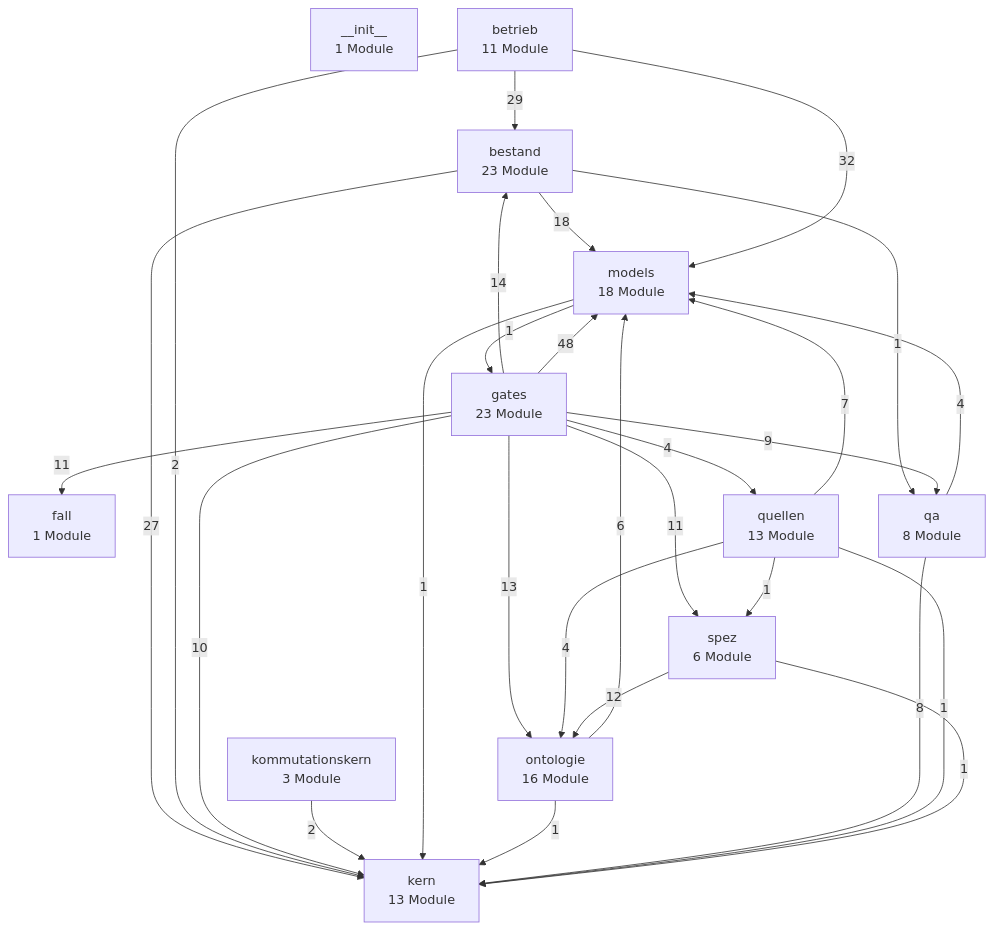
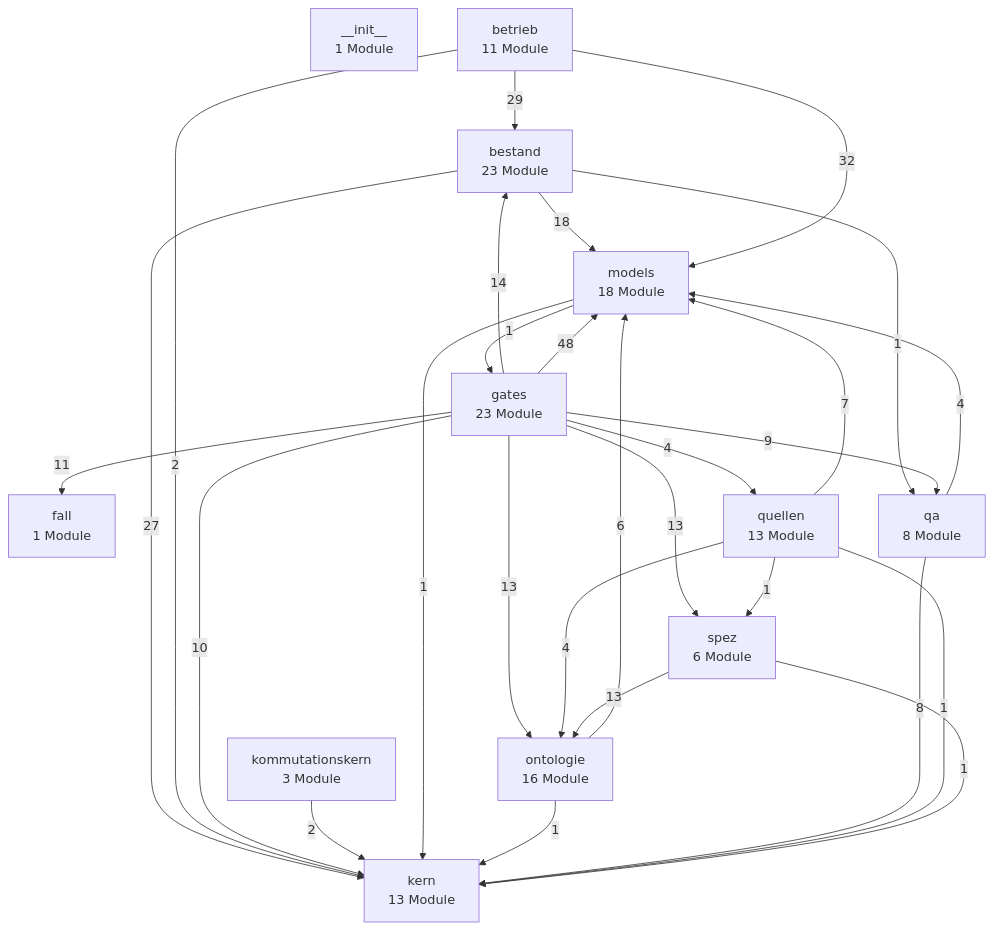
Before and after one commit to bartlmac/rechner-pipeline: the first of 3 diagrams in docs/architektur/landkarte.md, drawn with Mermaid. The commit also changed 32 other files, not shown here.

````diff
--- a/docs/architektur/landkarte.md
+++ b/docs/architektur/landkarte.md
@@ -27,43 +27,43 @@
 ```mermaid
 %% Schichten — erzeugt von ontologie.landkarte
 flowchart TD
     n__init__["__init__<br/>1 Module"]
     bestand["bestand<br/>23 Module"]
     betrieb["betrieb<br/>11 Module"]
     fall["fall<br/>1 Module"]
     gates["gates<br/>23 Module"]
     kern["kern<br/>13 Module"]
     kommutationskern["kommutationskern<br/>3 Module"]
     models["models<br/>18 Module"]
     ontologie["ontologie<br/>16 Module"]
     qa["qa<br/>8 Module"]
     quellen["quellen<br/>13 Module"]
     spez["spez<br/>6 Module"]
     bestand -- 27 --> kern
     bestand -- 18 --> models
     bestand -- 1 --> qa
     betrieb -- 29 --> bestand
     betrieb -- 2 --> kern
     betrieb -- 32 --> models
     gates -- 14 --> bestand
     gates -- 11 --> fall
     gates -- 10 --> kern
     gates -- 48 --> models
     gates -- 13 --> ontologie
     gates -- 9 --> qa
     gates -- 4 --> quellen
-    gates -- 11 --> spez
+    gates -- 13 --> spez
     kommutationskern -- 2 --> kern
     models -- 1 --> gates
     models -- 1 --> kern
     ontologie -- 1 --> kern
     ontologie -- 6 --> models
     qa -- 8 --> kern
     qa -- 4 --> models
     quellen -- 1 --> kern
     quellen -- 7 --> models
     quellen -- 4 --> ontologie
     quellen -- 1 --> spez
     spez -- 1 --> kern
-    spez -- 12 --> ontologie
+    spez -- 13 --> ontologie
 ```
````
